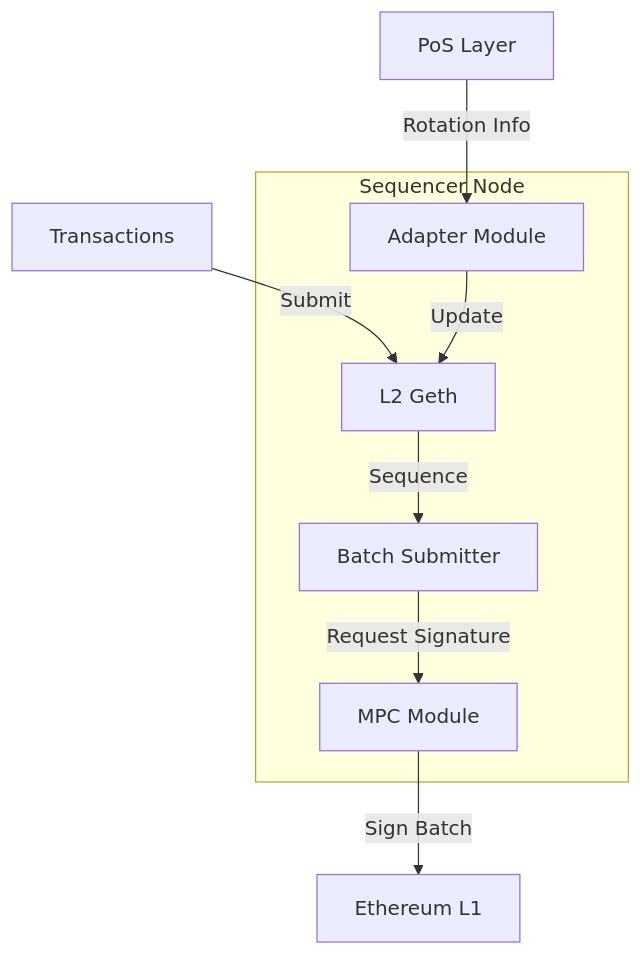
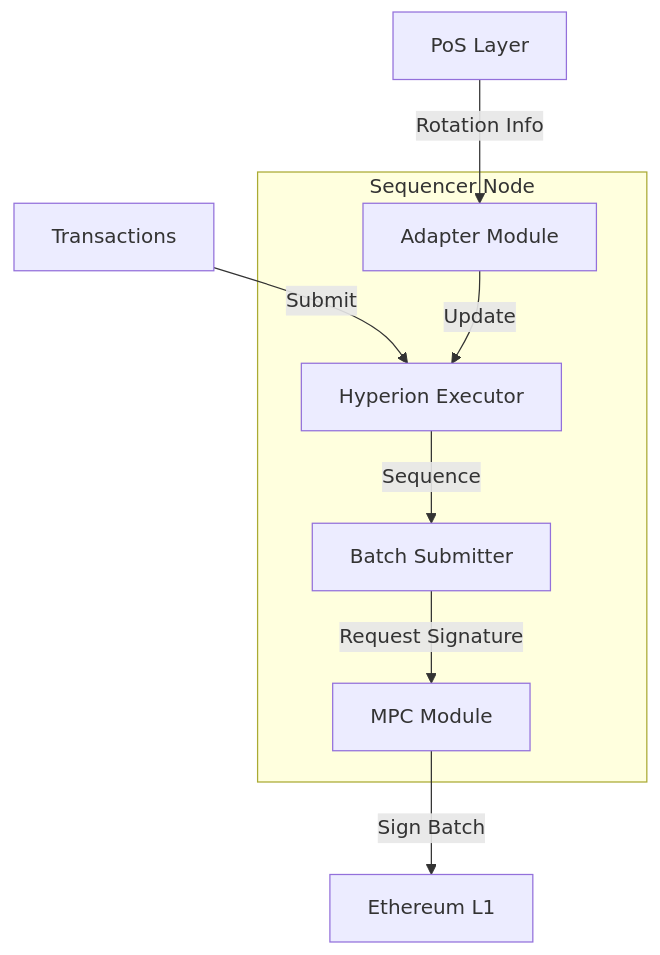
Before and after one commit to web3x3/metis-sdk: the diagram in website/content/docs/sequencer/architecture/sequencer.mdx, drawn with Mermaid. The commit also changed other lines of this file and 24 other files, not shown here.

````diff
--- a/website/content/docs/sequencer/architecture/sequencer.mdx
+++ b/website/content/docs/sequencer/architecture/sequencer.mdx
@@ -12,17 +12,17 @@
 ```mermaid
 graph TB
     subgraph "Sequencer Node"
-        L2Geth[L2 Geth]
+        HyperionExecutor[Hyperion Executor]
         Batcher[Batch Submitter]
         Adapter[Adapter Module]
         MPC[MPC Module]
     end
 
-    Txs[Transactions] -->|Submit| L2Geth
-    L2Geth -->|Sequence| Batcher
+    Txs[Transactions] -->|Submit| HyperionExecutor
+    HyperionExecutor -->|Sequence| Batcher
     Batcher -->|Request Signature| MPC
     MPC -->|Sign Batch| L1[Ethereum L1]
 
     PoS[PoS Layer] -->|Rotation Info| Adapter
-    Adapter -->|Update| L2Geth
+    Adapter -->|Update| HyperionExecutor
 ```
````
